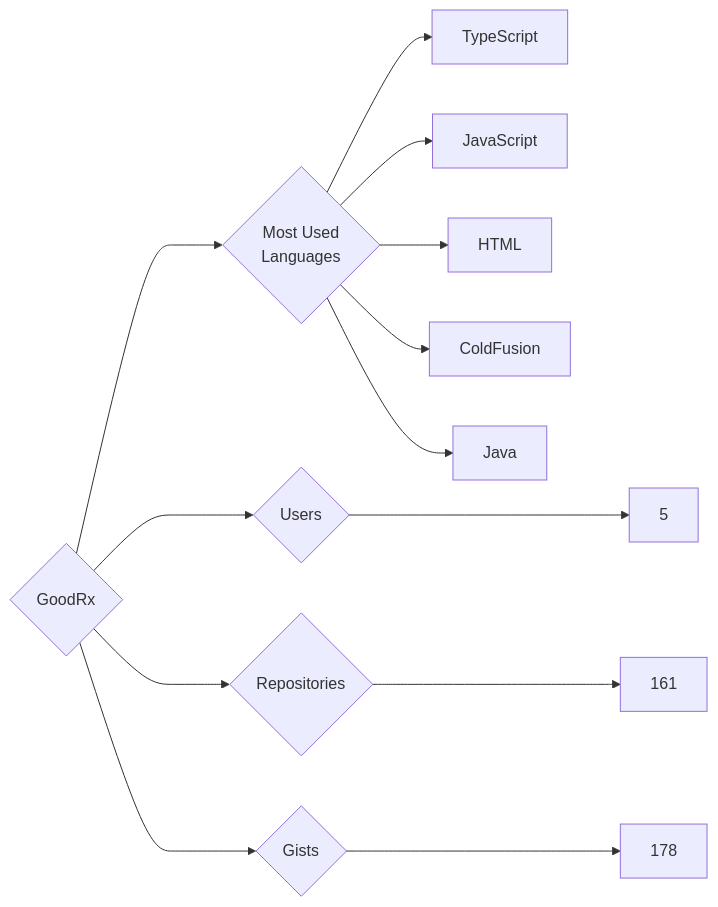
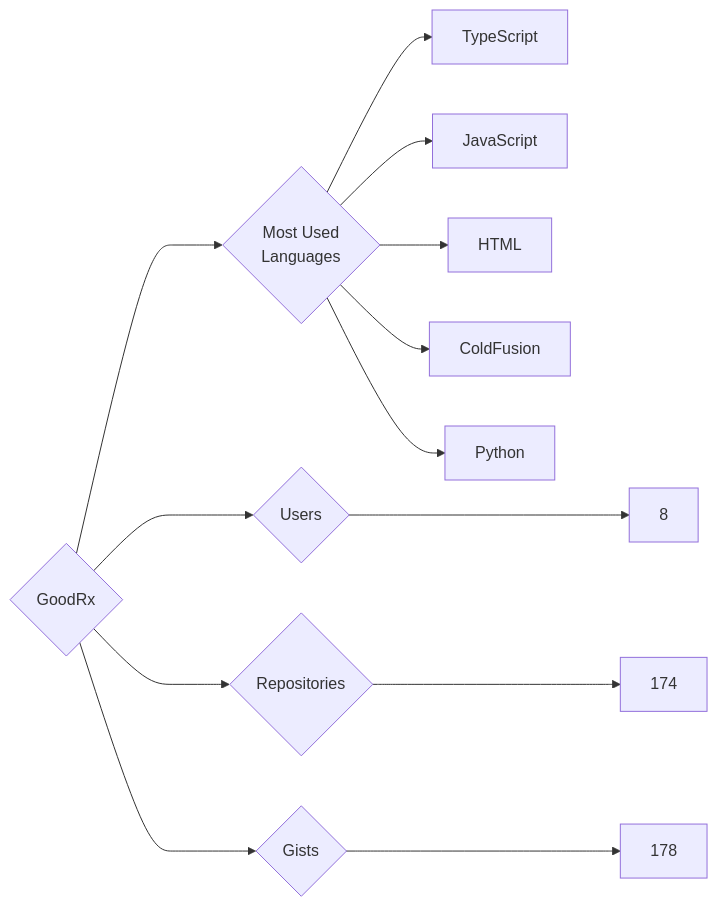
Before and after one commit to trickest/insiders: the diagram in targets/GoodRx/README.md, drawn with Mermaid. The commit also changed 1078 other files, not shown here.

````diff
--- a/targets/GoodRx/README.md
+++ b/targets/GoodRx/README.md
@@ -3,13 +3,13 @@
 ```mermaid
 graph LR
 COMPANY_NAME{GoodRx}
-COMPANY_NAME ---> U{Users} ---> UN[5]
-COMPANY_NAME ---> R{Repositories} ---> RN[161]
+COMPANY_NAME ---> U{Users} ---> UN[8]
+COMPANY_NAME ---> R{Repositories} ---> RN[174]
 COMPANY_NAME ---> G{Gists} ---> GN[178]
 COMPANY_NAME ---> ML{Most Used<br>Languages}
 ML --> TypeScript[TypeScript]
 ML --> JavaScript[JavaScript]
 ML --> HTML[HTML]
 ML --> ColdFusion[ColdFusion]
-ML --> Java[Java]
+ML --> Python[Python]
 ```
````
